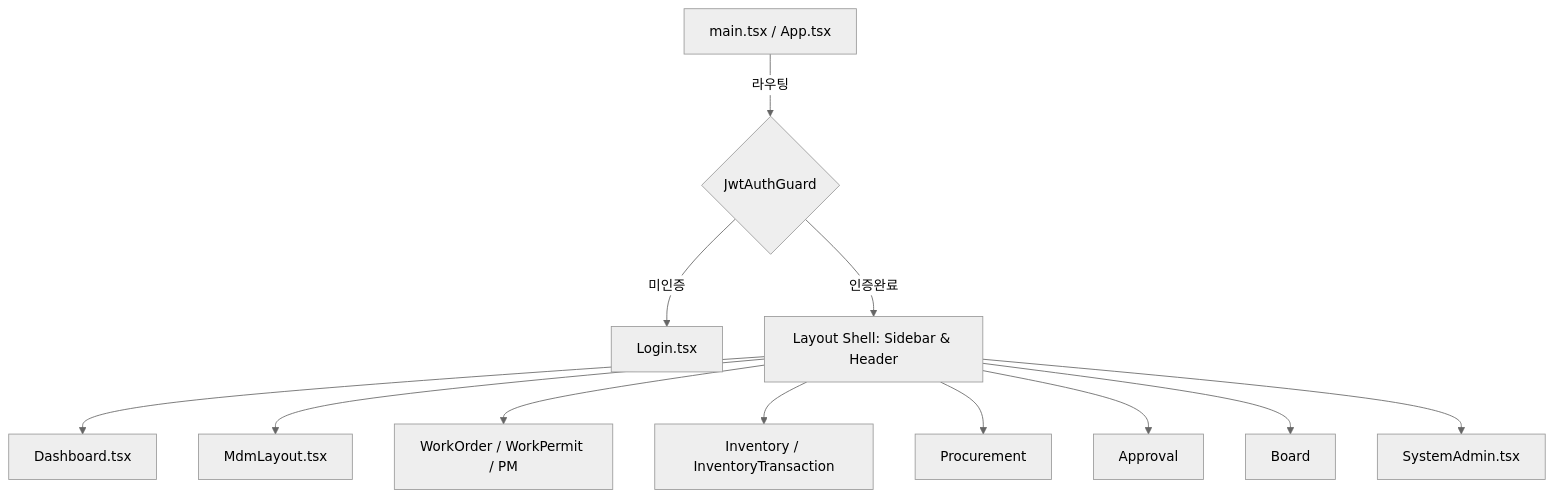
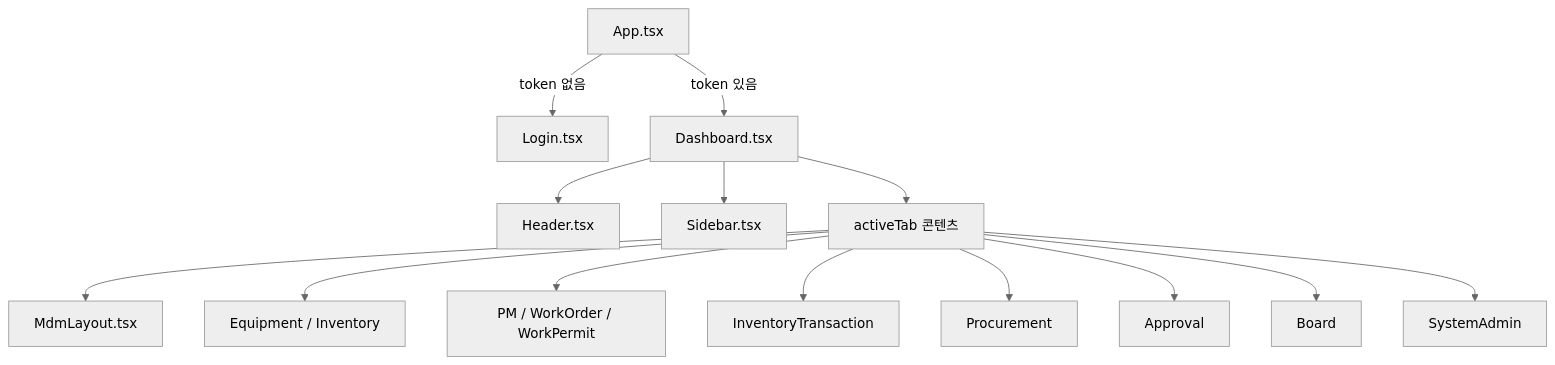
Before and after one commit to jamsildongsoo/cmms-node: the diagram in docs/ui_structure.md, drawn with Mermaid (neutral theme). The commit also changed other lines of this file and 51 other files, not shown here.

````diff
--- a/docs/ui_structure.md
+++ b/docs/ui_structure.md
@@ -72,14 +100,16 @@
 ```mermaid
 graph TD
-    App[main.tsx / App.tsx] -->|라우팅| Guard{JwtAuthGuard}
-    Guard -->|미인증| Login[Login.tsx]
-    Guard -->|인증완료| Shell[Layout Shell: Sidebar & Header]
-    Shell --> Dashboard[Dashboard.tsx]
-    Shell --> Mdm[MdmLayout.tsx]
-    Shell --> Work[WorkOrder / WorkPermit / PM]
-    Shell --> Inv[Inventory / InventoryTransaction]
-    Shell --> Proc[Procurement]
-    Shell --> Appr[Approval]
-    Shell --> Board[Board]
-    Shell --> Admin[SystemAdmin.tsx]
+    App[App.tsx] -->|token 없음| Login[Login.tsx]
+    App -->|token 있음| Dashboard[Dashboard.tsx]
+    Dashboard --> Header[Header.tsx]
+    Dashboard --> Sidebar[Sidebar.tsx]
+    Dashboard --> Content[activeTab 콘텐츠]
+    Content --> MDM[MdmLayout.tsx]
+    Content --> Master[Equipment / Inventory]
+    Content --> Maintenance[PM / WorkOrder / WorkPermit]
+    Content --> Stock[InventoryTransaction]
+    Content --> Purchase[Procurement]
+    Content --> Approval[Approval]
+    Content --> Board[Board]
+    Content --> System[SystemAdmin]
 ```
````
